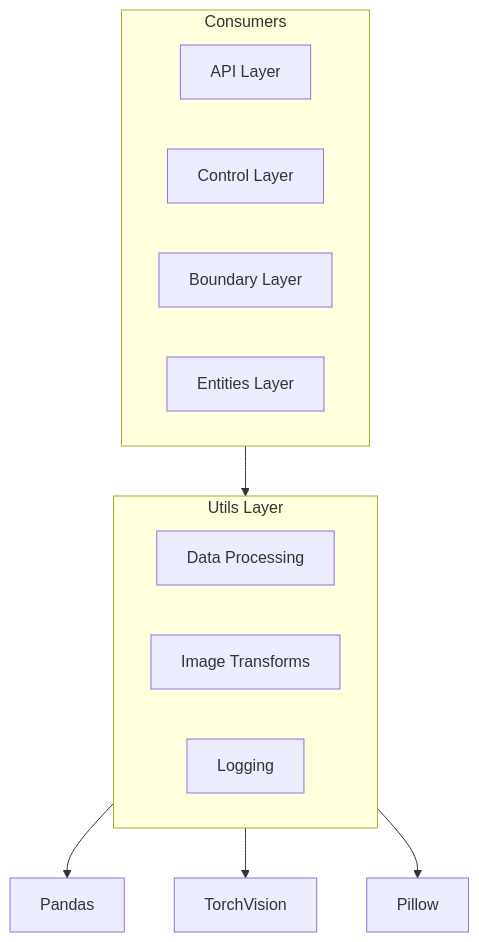
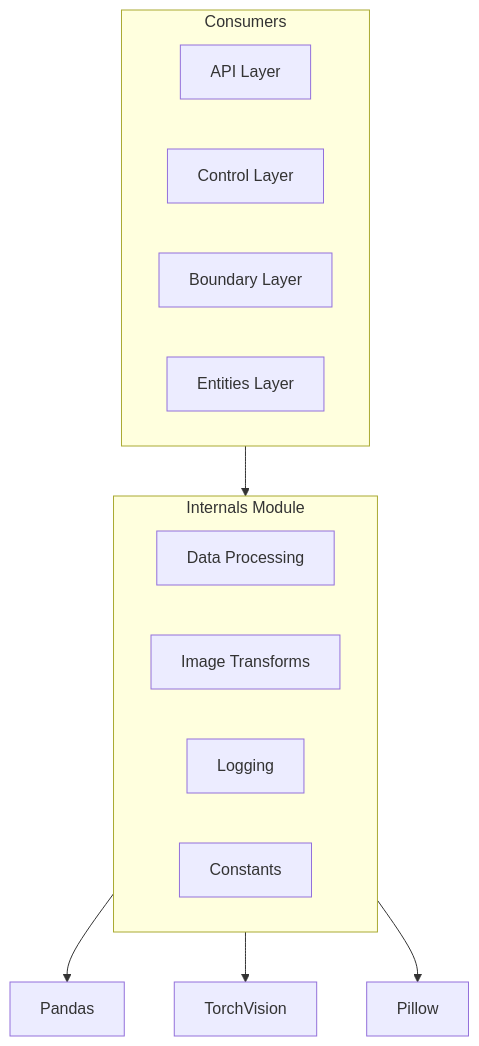
Before and after one commit to h19overflow/federated_learning: the first of 2 diagrams in federated_pneumonia_detection/src/internals/README.md, drawn with Mermaid. The commit also changed other lines of this file and 24 other files, not shown here.

````diff
--- a/federated_pneumonia_detection/src/internals/README.md
+++ b/federated_pneumonia_detection/src/internals/README.md
@@ -7,20 +7,21 @@
 ```mermaid
 flowchart TB
-    subgraph Utils["Utils Layer"]
+    subgraph Internals["Internals Module"]
         DP[Data Processing]
         IT[Image Transforms]
         Log[Logging]
+        Const[Constants]
     end
 
     subgraph Consumers
         API[API Layer]
         Control[Control Layer]
         Boundary[Boundary Layer]
         Entities[Entities Layer]
     end
 
-    Consumers --> Utils
-    Utils --> Pandas[Pandas]
-    Utils --> Torch[TorchVision]
-    Utils --> PIL[Pillow]
+    Consumers --> Internals
+    Internals --> Pandas[Pandas]
+    Internals --> Torch[TorchVision]
+    Internals --> PIL[Pillow]
 ```
````
